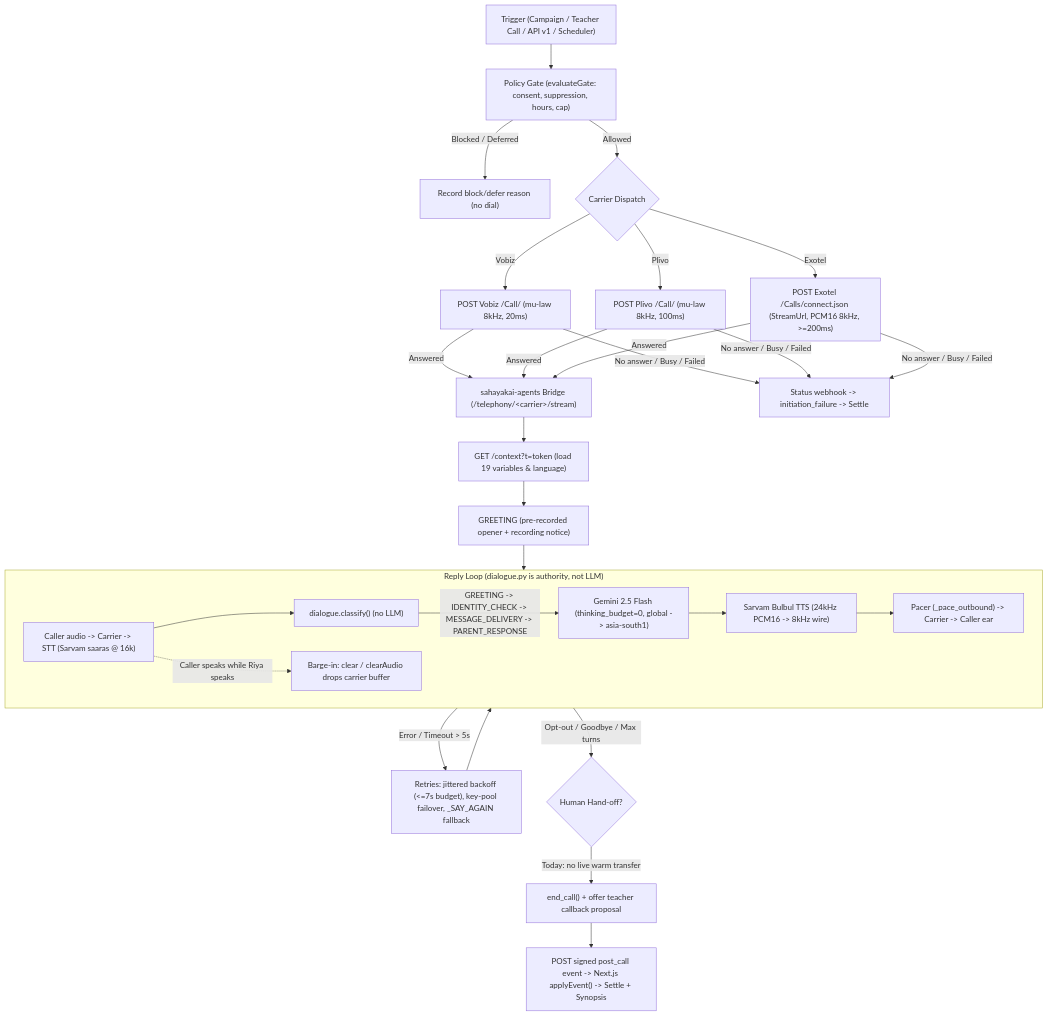
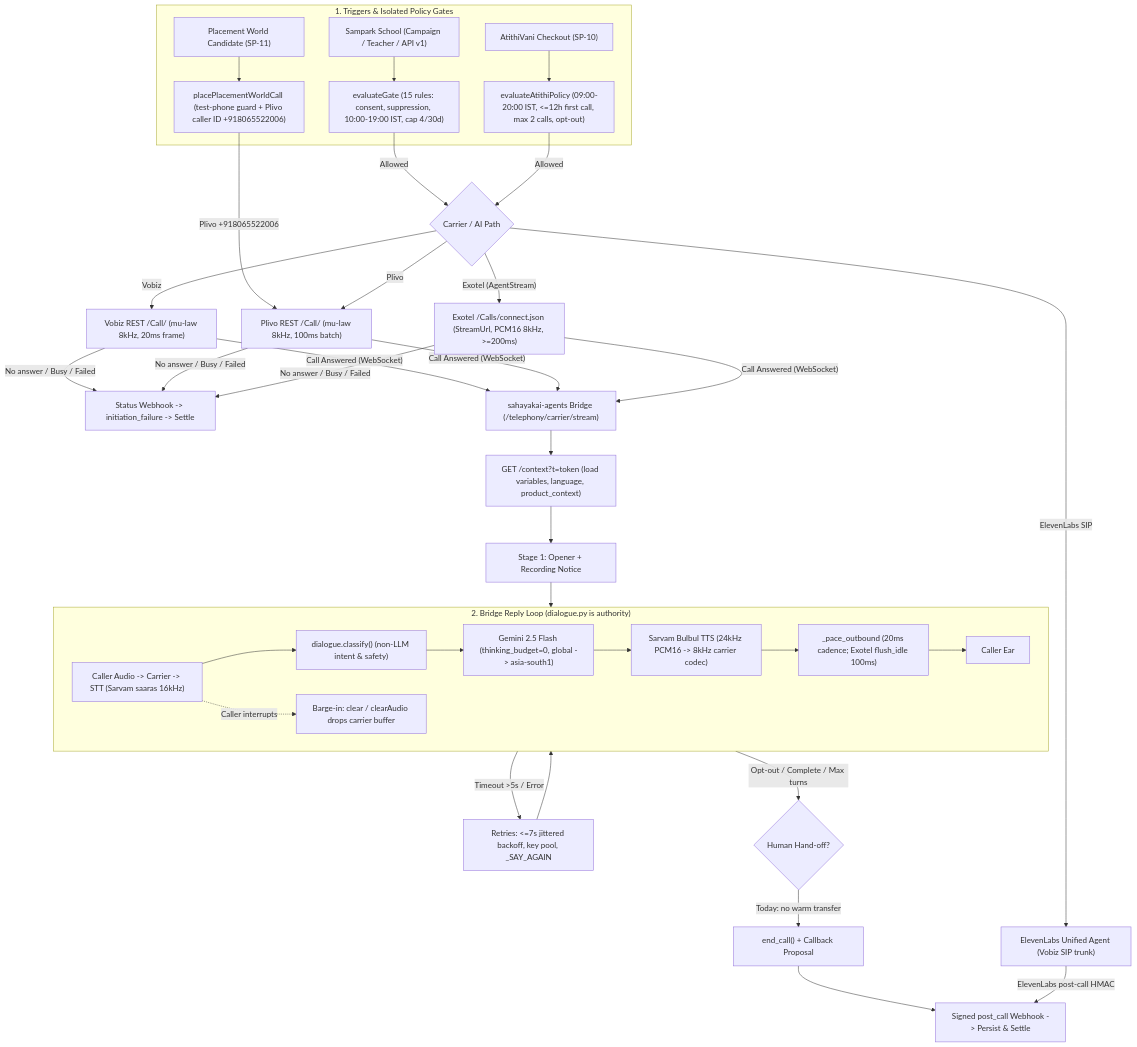
Before and after one commit to sargupta/sahayakai: the first of 3 diagrams in sahayakai-main/docs/sampark/CALL_FLOW_ONEPAGER.md, drawn with Mermaid. The commit also changed other lines of this file and 1 other file, not shown here.

Commit message:
docs(sampark): add CI/PR links, follow-up tasks (SP-19..SP-25), and unified call-flow diagram

````diff
--- a/sahayakai-main/docs/sampark/CALL_FLOW_ONEPAGER.md
+++ b/sahayakai-main/docs/sampark/CALL_FLOW_ONEPAGER.md
@@ -10,34 +10,41 @@
 ```mermaid
 flowchart TD
-    T["Trigger (Campaign / Teacher Call / API v1 / Scheduler)"] --> G["Policy Gate (evaluateGate: consent, suppression, hours, cap)"]
-    G -->|Blocked / Deferred| R0["Record block/defer reason (no dial)"]
-    G -->|Allowed| D{"Carrier Dispatch"}
-
-    D -->|Vobiz| V["POST Vobiz /Call/ (mu-law 8kHz, 20ms)"]
-    D -->|Plivo| P["POST Plivo /Call/ (mu-law 8kHz, 100ms)"]
-    D -->|Exotel| E["POST Exotel /Calls/connect.json (StreamUrl, PCM16 8kHz, >=200ms)"]
-
-    V -->|Answered| B["sahayakai-agents Bridge (/telephony/&lt;carrier&gt;/stream)"]
-    P -->|Answered| B
-    E -->|Answered| B
-    V & P & E -->|No answer / Busy / Failed| S1["Status webhook -> initiation_failure -> Settle"]
-
-    B --> CTX["GET /context?t=token (load 19 variables & language)"]
-    CTX --> GR["GREETING (pre-recorded opener + recording notice)"]
-    GR --> LOOP
-
-    subgraph LOOP ["Reply Loop (dialogue.py is authority, not LLM)"]
-        IN["Caller audio -> Carrier -> STT (Sarvam saaras @ 16k)"] --> CL["dialogue.classify() (no LLM)"]
-        CL -->|GREETING -> IDENTITY_CHECK -> MESSAGE_DELIVERY -> PARENT_RESPONSE| LLM["Gemini 2.5 Flash (thinking_budget=0, global -> asia-south1)"]
-        LLM --> TTS["Sarvam Bulbul TTS (24kHz PCM16 -> 8kHz wire)"]
-        TTS --> OUT["Pacer (_pace_outbound) -> Carrier -> Caller ear"]
-        IN -.->|"Caller speaks while Riya speaks"| BI["Barge-in: clear / clearAudio drops carrier buffer"]
+    subgraph TRIG ["1. Triggers & Isolated Policy Gates"]
+        TS["Sampark School (Campaign / Teacher / API v1)"] --> GS["evaluateGate (15 rules: consent, suppression, 10:00-19:00 IST, cap 4/30d)"]
+        TA["AtithiVani Checkout (SP-10)"] --> GA["evaluateAtithiPolicy (09:00-20:00 IST, <=12h first call, max 2 calls, opt-out)"]
+        TP["Placement World Candidate (SP-11)"] --> GP["placePlacementWorldCall (test-phone guard + Plivo caller ID +918065522006)"]
     end
 
-    LOOP -->|Error / Timeout > 5s| RT["Retries: jittered backoff (<=7s budget), key-pool failover, _SAY_AGAIN fallback"]
-    RT --> LOOP
+    GS -->|Allowed| SEL{"Carrier / AI Path"}
+    GA -->|Allowed| SEL
+    GP -->|"Plivo +918065522006"| PL["Plivo REST /Call/ (mu-law 8kHz, 100ms batch)"]
 
-    LOOP -->|"Opt-out / Goodbye / Max turns"| HO{"Human Hand-off?"}
-    HO -->|"Today: no live warm transfer"| CB["end_call() + offer teacher callback proposal"]
-    CB --> END["POST signed post_call event -> Next.js applyEvent() -> Settle + Synopsis"]
+    SEL -->|"Vobiz"| VB["Vobiz REST /Call/ (mu-law 8kHz, 20ms frame)"]
+    SEL -->|"Plivo"| PL
+    SEL -->|"Exotel (AgentStream)"| EX["Exotel /Calls/connect.json (StreamUrl, PCM16 8kHz, >=200ms)"]
+    SEL -->|"ElevenLabs SIP"| EL["ElevenLabs Unified Agent (Vobiz SIP trunk)"]
+
+    VB & PL & EX -->|"No answer / Busy / Failed"| FAIL["Status Webhook -> initiation_failure -> Settle"]
+    VB & PL & EX -->|"Call Answered (WebSocket)"| BR["sahayakai-agents Bridge (/telephony/carrier/stream)"]
+
+    BR --> CTX["GET /context?t=token (load variables, language, product_context)"]
+    CTX --> OP["Stage 1: Opener + Recording Notice"]
+
+    subgraph LOOP ["2. Bridge Reply Loop (dialogue.py is authority)"]
+        IN["Caller Audio -> Carrier -> STT (Sarvam saaras 16kHz)"] --> CL["dialogue.classify() (non-LLM intent & safety)"]
+        CL --> LLM["Gemini 2.5 Flash (thinking_budget=0, global -> asia-south1)"]
+        LLM --> TTS["Sarvam Bulbul TTS (24kHz PCM16 -> 8kHz carrier codec)"]
+        TTS --> PACE["_pace_outbound (20ms cadence; Exotel flush_idle 100ms)"]
+        PACE --> EAR["Caller Ear"]
+        IN -.->|"Caller interrupts"| BI["Barge-in: clear / clearAudio drops carrier buffer"]
+    end
+
+    OP --> LOOP
+    LOOP -->|"Timeout >5s / Error"| RET["Retries: <=7s jittered backoff, key pool, _SAY_AGAIN"]
+    RET --> LOOP
+
+    LOOP -->|"Opt-out / Complete / Max turns"| HO{"Human Hand-off?"}
+    HO -->|"Today: no warm transfer"| CB["end_call() + Callback Proposal"]
+    CB --> POST["Signed post_call Webhook -> Persist & Settle"]
+    EL -->|"ElevenLabs post-call HMAC"| POST
 ```
````
